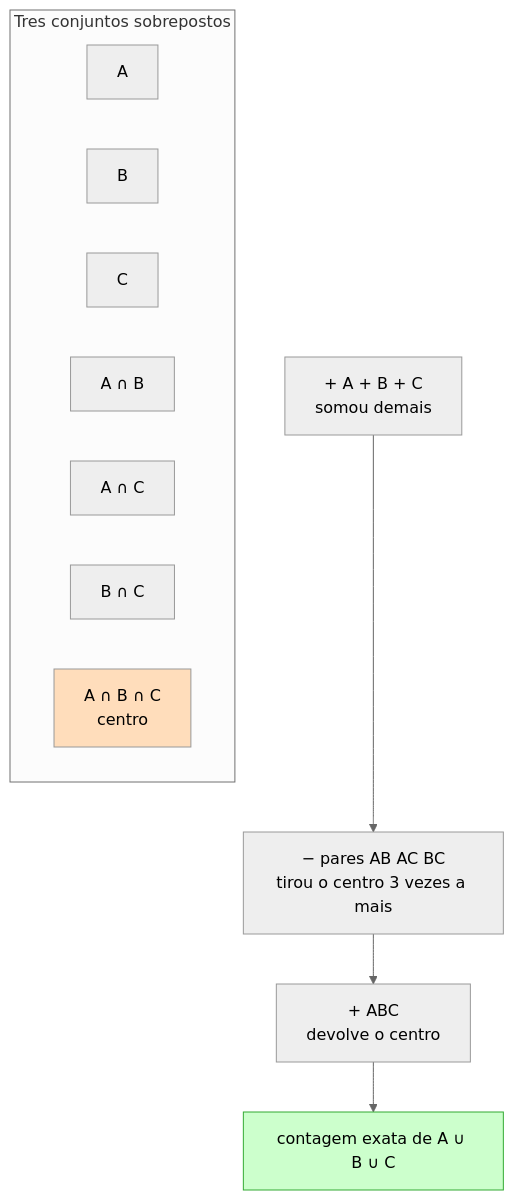
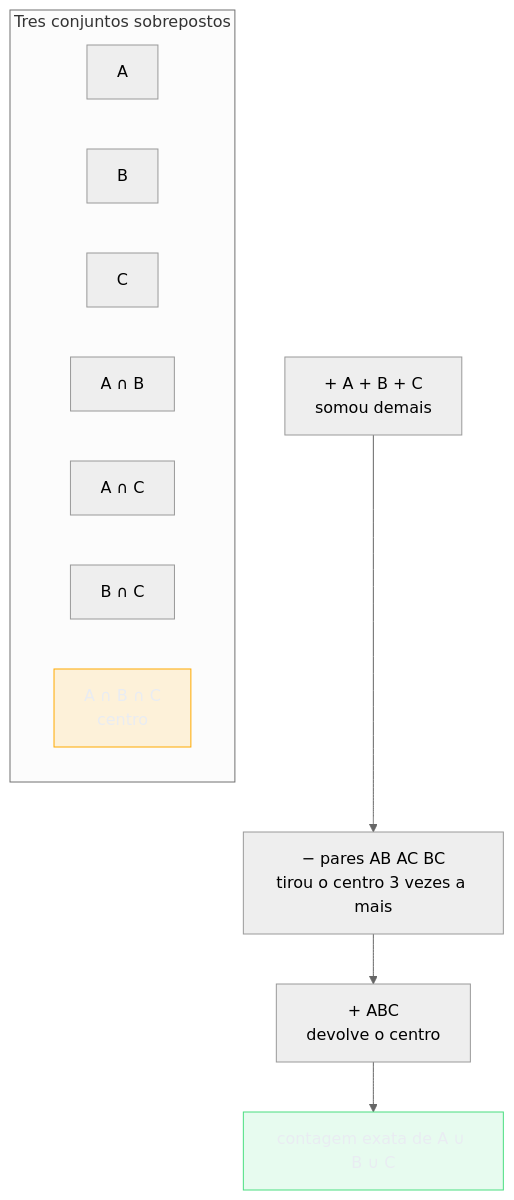
Before and after one commit to josenaldo/codex-technomanticus: the fourth of 5 diagrams in 03-Dominios/Ciência/Matemática para Computação/12 - Princípios combinatórios - casa dos pombos e inclusão-exclusão.md, drawn with Mermaid (neutral theme). The commit also changed other lines of this file and 1181 other files, not shown here.

First line of the commit message:
fix(diagramas): paleta do sistema no lugar de cor cravada no markdown

````diff
--- a/03-Dominios/Ciência/Matemática para Computação/12 - Princípios combinatórios - casa dos pombos e inclusão-exclusão.md
+++ b/03-Dominios/Ciência/Matemática para Computação/12 - Princípios combinatórios - casa dos pombos e inclusão-exclusão.md
@@ -240,17 +244,19 @@
 ```mermaid
 flowchart TD
+    classDef destaque fill:#FFAA0024,stroke:#FFAA00,color:#E9ECF2
+    classDef ok fill:#4ADE8021,stroke:#4ADE80,color:#E9ECF2
     subgraph TRES["Tres conjuntos sobrepostos"]
         AA["A"]
         BB["B"]
         CC["C"]
         AB["A ∩ B"]
         AC["A ∩ C"]
         BC["B ∩ C"]
         ABC["A ∩ B ∩ C<br/>centro"]
     end
     SOMA["+ A + B + C<br/>somou demais"] --> SUB["− pares AB AC BC<br/>tirou o centro 3 vezes a mais"]
     SUB --> ADD["+ ABC<br/>devolve o centro"]
     ADD --> OK["contagem exata de A ∪ B ∪ C"]
-    style ABC fill:#fdb
-    style OK fill:#cfc,stroke:#3a3
+    class ABC destaque
+    class OK ok
 ```
````
